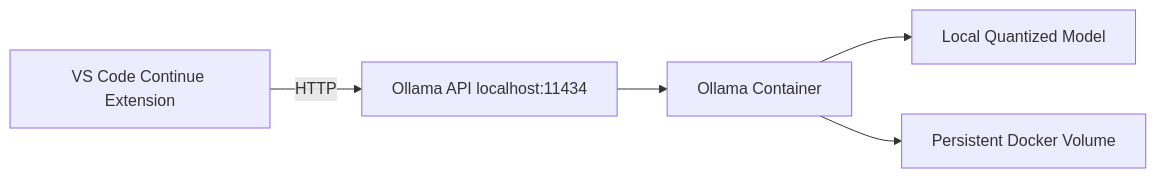
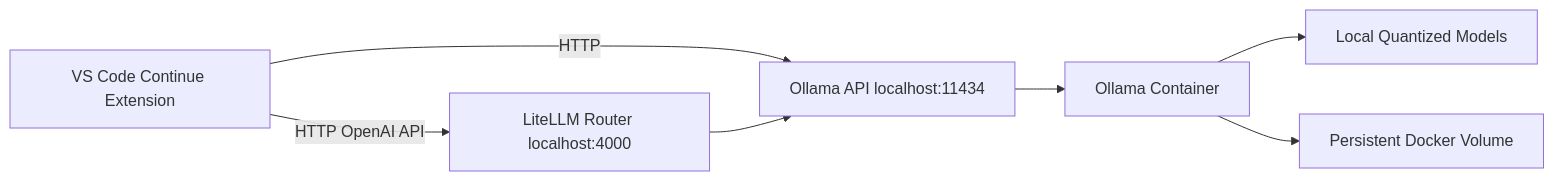
The diagram in docs/ARCHITECTURE.md (kebohn/local-llm-vscode), drawn with Mermaid before and after one commit. The commit also changed other lines of this file and 10 other files, not shown here.

````diff
--- a/docs/ARCHITECTURE.md
+++ b/docs/ARCHITECTURE.md
@@ -5,7 +5,9 @@
 ```mermaid
 flowchart LR
     A[VS Code Continue Extension] -->|HTTP| B[Ollama API localhost:11434]
+    A -->|HTTP OpenAI API| F[LiteLLM Router localhost:4000]
+    F --> B
     B --> C[Ollama Container]
-    C --> D[Local Quantized Model]
+    C --> D[Local Quantized Models]
     C --> E[Persistent Docker Volume]
 ```
````
